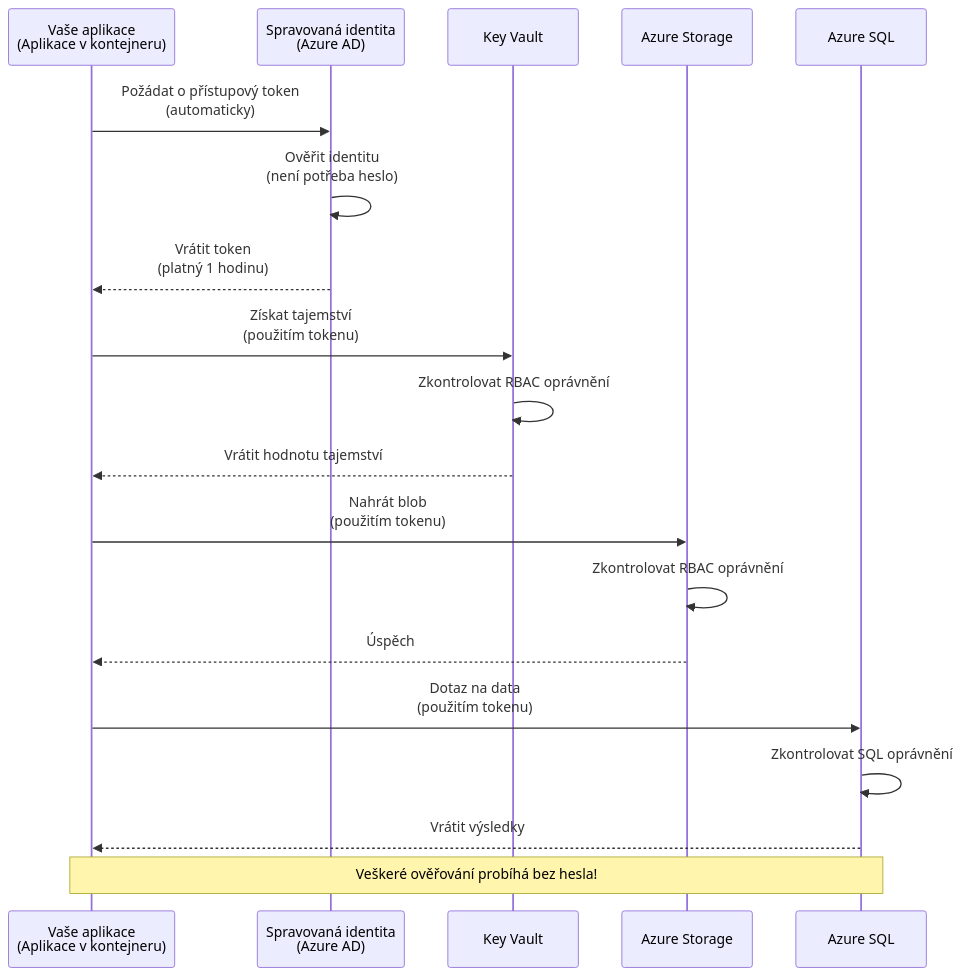
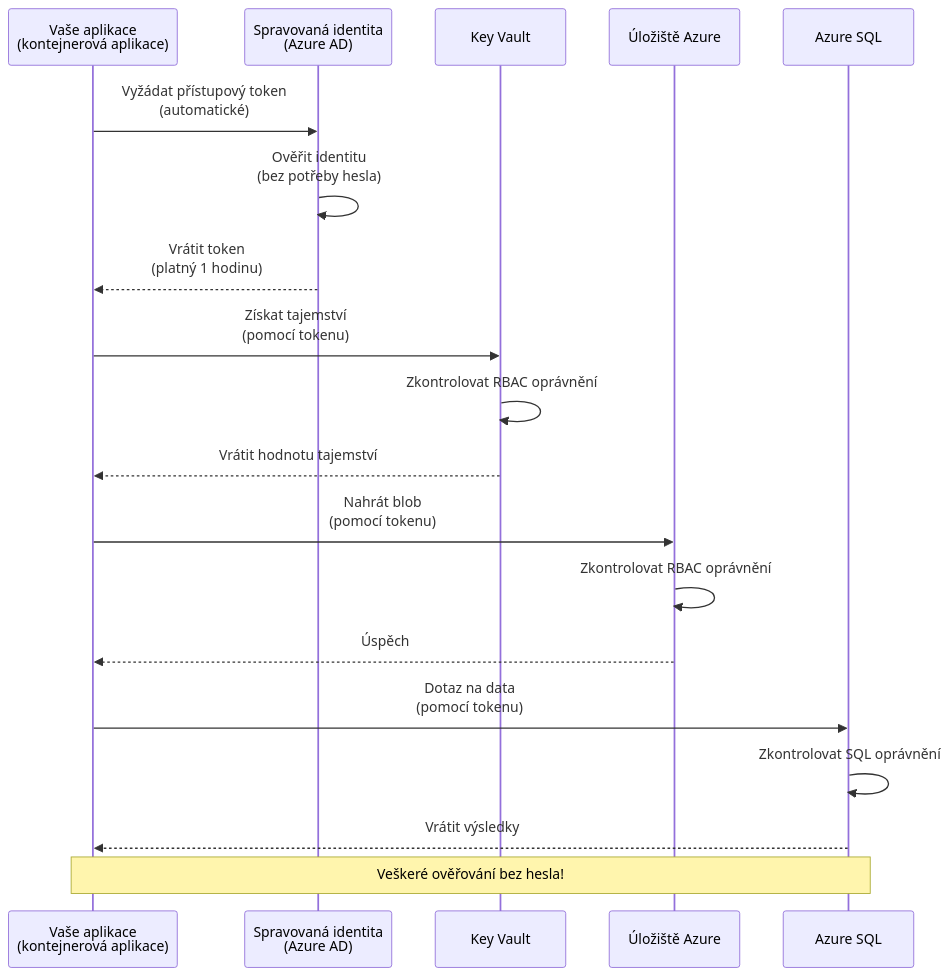
Before and after one commit to microsoft/AZD-for-beginners: the first of 2 diagrams in translations/cs/docs/chapter-03-configuration/authsecurity.md, drawn with Mermaid. The commit also changed other lines of this file and 101 other files, not shown here.

````diff
--- a/translations/cs/docs/chapter-03-configuration/authsecurity.md
+++ b/translations/cs/docs/chapter-03-configuration/authsecurity.md
@@ -69,26 +69,26 @@
 ```mermaid
 sequenceDiagram
-    participant App as Vaše aplikace<br/>(Aplikace v kontejneru)
+    participant App as Vaše aplikace<br/>(kontejnerová aplikace)
     participant MI as Spravovaná identita<br/>(Azure AD)
     participant KV as Key Vault
-    participant Storage as Azure Storage
+    participant Storage as Úložiště Azure
     participant DB as Azure SQL
     
-    App->>MI: Požádat o přístupový token<br/>(automaticky)
-    MI->>MI: Ověřit identitu<br/>(není potřeba heslo)
+    App->>MI: Vyžádat přístupový token<br/>(automatické)
+    MI->>MI: Ověřit identitu<br/>(bez potřeby hesla)
     MI-->>App: Vrátit token<br/>(platný 1 hodinu)
     
-    App->>KV: Získat tajemství<br/>(použitím tokenu)
+    App->>KV: Získat tajemství<br/>(pomocí tokenu)
     KV->>KV: Zkontrolovat RBAC oprávnění
     KV-->>App: Vrátit hodnotu tajemství
     
-    App->>Storage: Nahrát blob<br/>(použitím tokenu)
+    App->>Storage: Nahrát blob<br/>(pomocí tokenu)
     Storage->>Storage: Zkontrolovat RBAC oprávnění
     Storage-->>App: Úspěch
     
-    App->>DB: Dotaz na data<br/>(použitím tokenu)
+    App->>DB: Dotaz na data<br/>(pomocí tokenu)
     DB->>DB: Zkontrolovat SQL oprávnění
     DB-->>App: Vrátit výsledky
     
-    Note over App,DB: Veškeré ověřování probíhá bez hesla!
+    Note over App,DB: Veškeré ověřování bez hesla!
 ```
````
